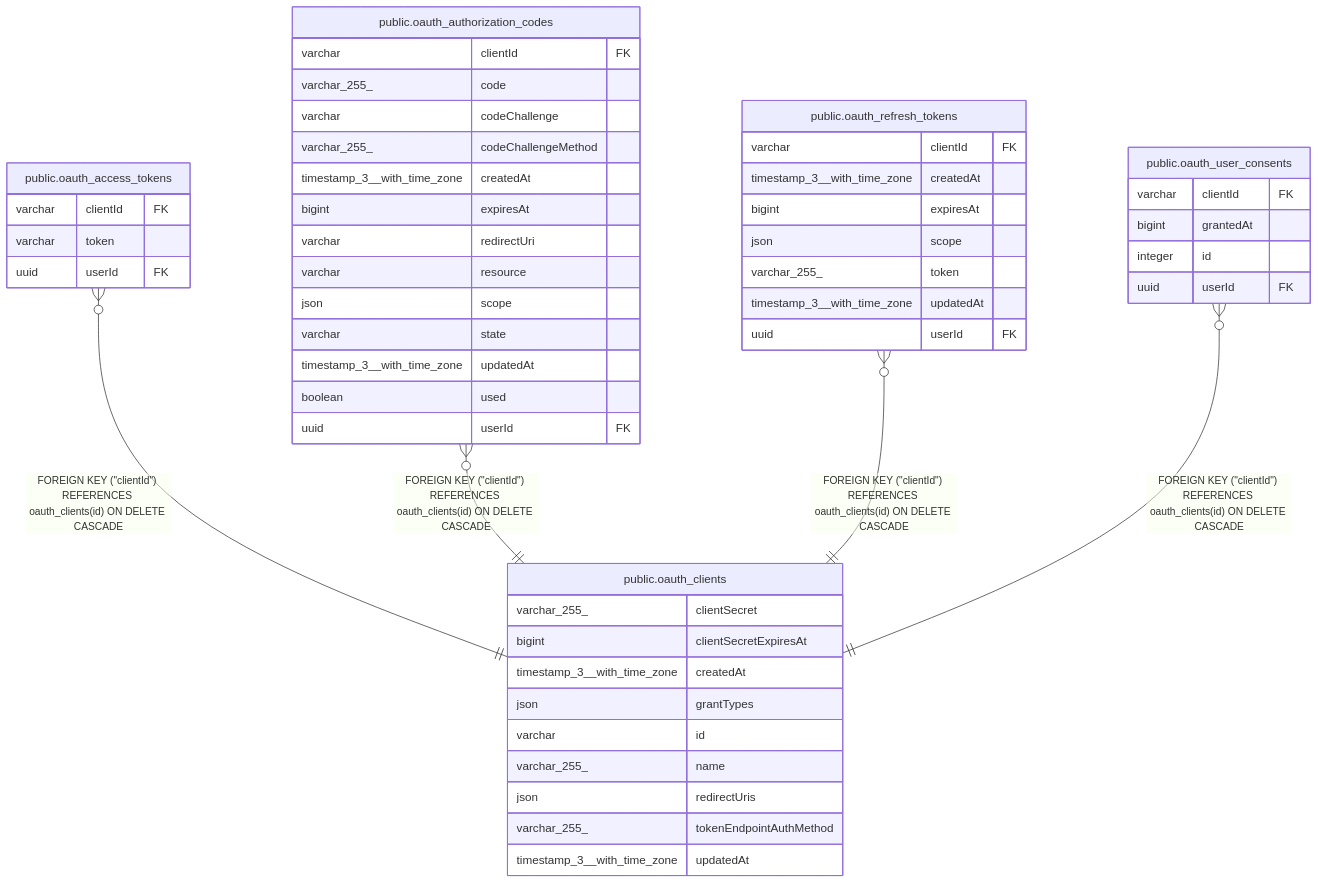
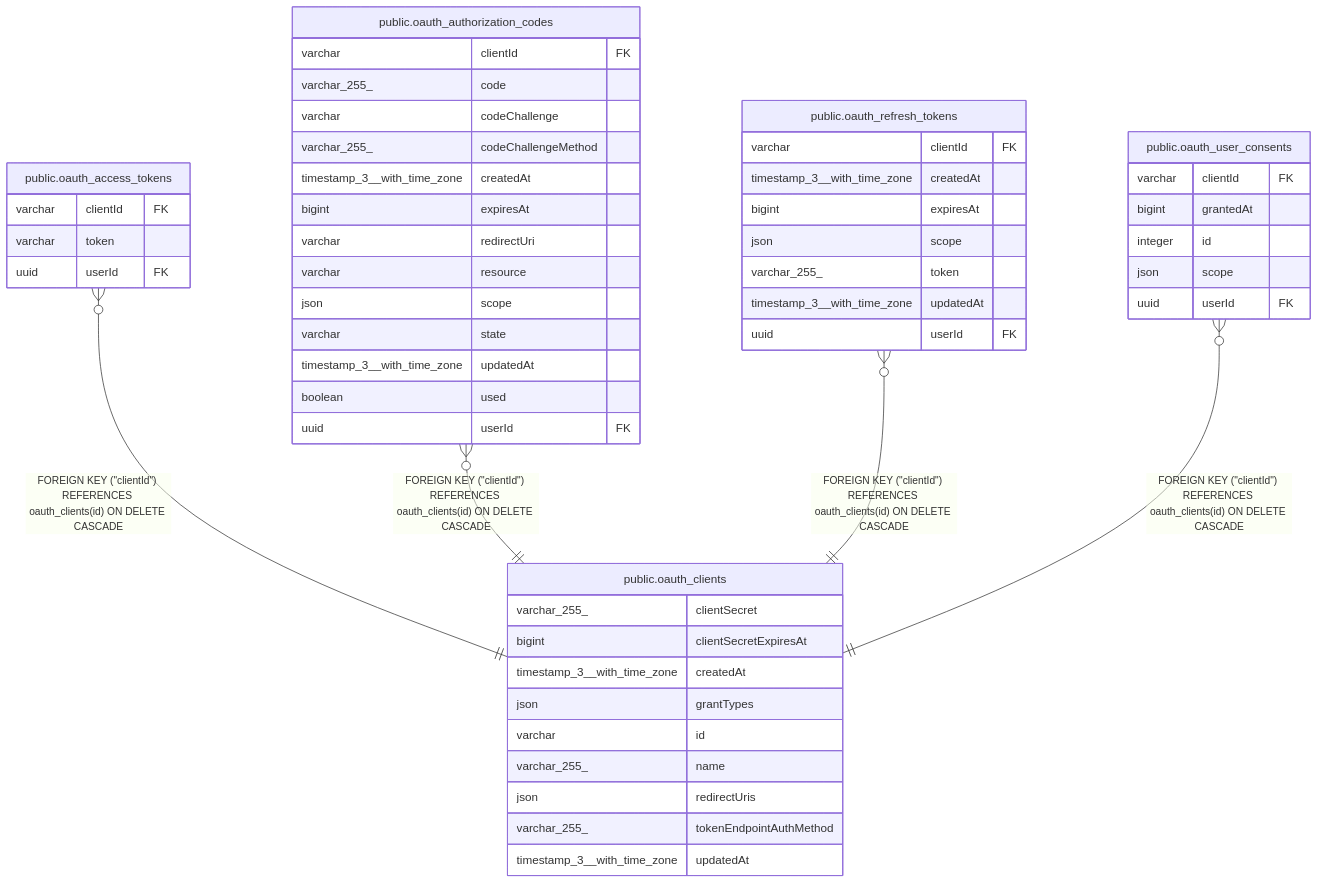
The diagram in docs/generated/postgres-schema/public.oauth_clients.md (ggrace519/n8n), drawn with Mermaid before and after one commit. The commit also changed 56 other files, not shown here.

````diff
--- a/docs/generated/postgres-schema/public.oauth_clients.md
+++ b/docs/generated/postgres-schema/public.oauth_clients.md
@@ -38,55 +38,56 @@
 ```mermaid
 erDiagram
 
 "public.oauth_access_tokens" }o--|| "public.oauth_clients" : "FOREIGN KEY (#quot;clientId#quot;) REFERENCES oauth_clients(id) ON DELETE CASCADE"
 "public.oauth_authorization_codes" }o--|| "public.oauth_clients" : "FOREIGN KEY (#quot;clientId#quot;) REFERENCES oauth_clients(id) ON DELETE CASCADE"
 "public.oauth_refresh_tokens" }o--|| "public.oauth_clients" : "FOREIGN KEY (#quot;clientId#quot;) REFERENCES oauth_clients(id) ON DELETE CASCADE"
 "public.oauth_user_consents" }o--|| "public.oauth_clients" : "FOREIGN KEY (#quot;clientId#quot;) REFERENCES oauth_clients(id) ON DELETE CASCADE"
 
 "public.oauth_clients" {
   varchar_255_ clientSecret
   bigint clientSecretExpiresAt
   timestamp_3__with_time_zone createdAt
   json grantTypes
   varchar id
   varchar_255_ name
   json redirectUris
   varchar_255_ tokenEndpointAuthMethod
   timestamp_3__with_time_zone updatedAt
 }
 "public.oauth_access_tokens" {
   varchar clientId FK
   varchar token
   uuid userId FK
 }
 "public.oauth_authorization_codes" {
   varchar clientId FK
   varchar_255_ code
   varchar codeChallenge
   varchar_255_ codeChallengeMethod
   timestamp_3__with_time_zone createdAt
   bigint expiresAt
   varchar redirectUri
   varchar resource
   json scope
   varchar state
   timestamp_3__with_time_zone updatedAt
   boolean used
   uuid userId FK
 }
 "public.oauth_refresh_tokens" {
   varchar clientId FK
   timestamp_3__with_time_zone createdAt
   bigint expiresAt
   json scope
   varchar_255_ token
   timestamp_3__with_time_zone updatedAt
   uuid userId FK
 }
 "public.oauth_user_consents" {
   varchar clientId FK
   bigint grantedAt
   integer id
+  json scope
   uuid userId FK
 }
 ```
````
